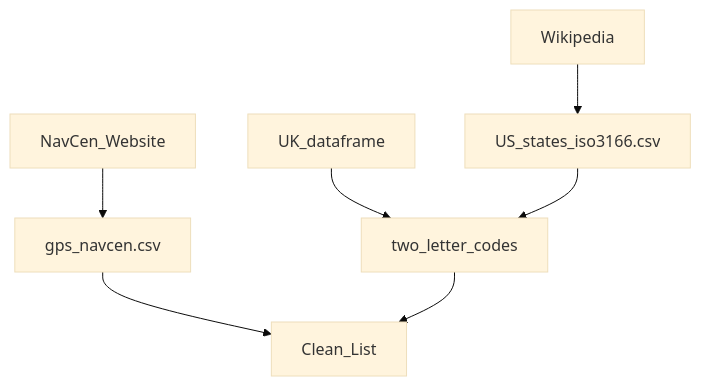
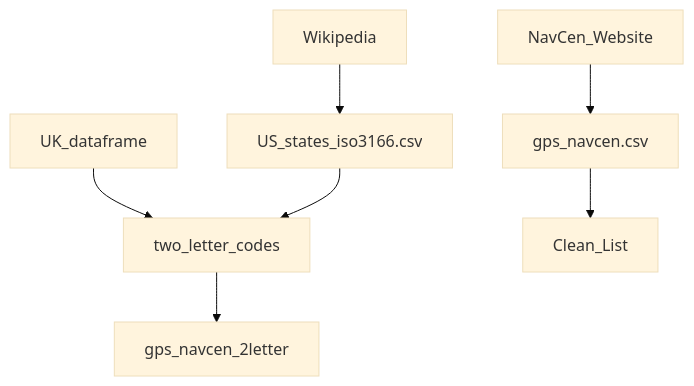
Before and after one commit to stelios-c/GPS_analysis: the diagram in README.md, drawn with Mermaid (base theme).

````diff
--- a/README.md
+++ b/README.md
@@ -6,9 +6,9 @@
 ```mermaid
 graph TD;
     NavCen_Website-->gps_navcen.csv;
     Wikipedia--> US_states_iso3166.csv;
     UK_dataframe--> two_letter_codes;
     US_states_iso3166.csv--> two_letter_codes;
     gps_navcen.csv-->Clean_List;
-    two_letter_codes-->Clean_List;
+    two_letter_codes-->gps_navcen_2letter;
  ```
````
